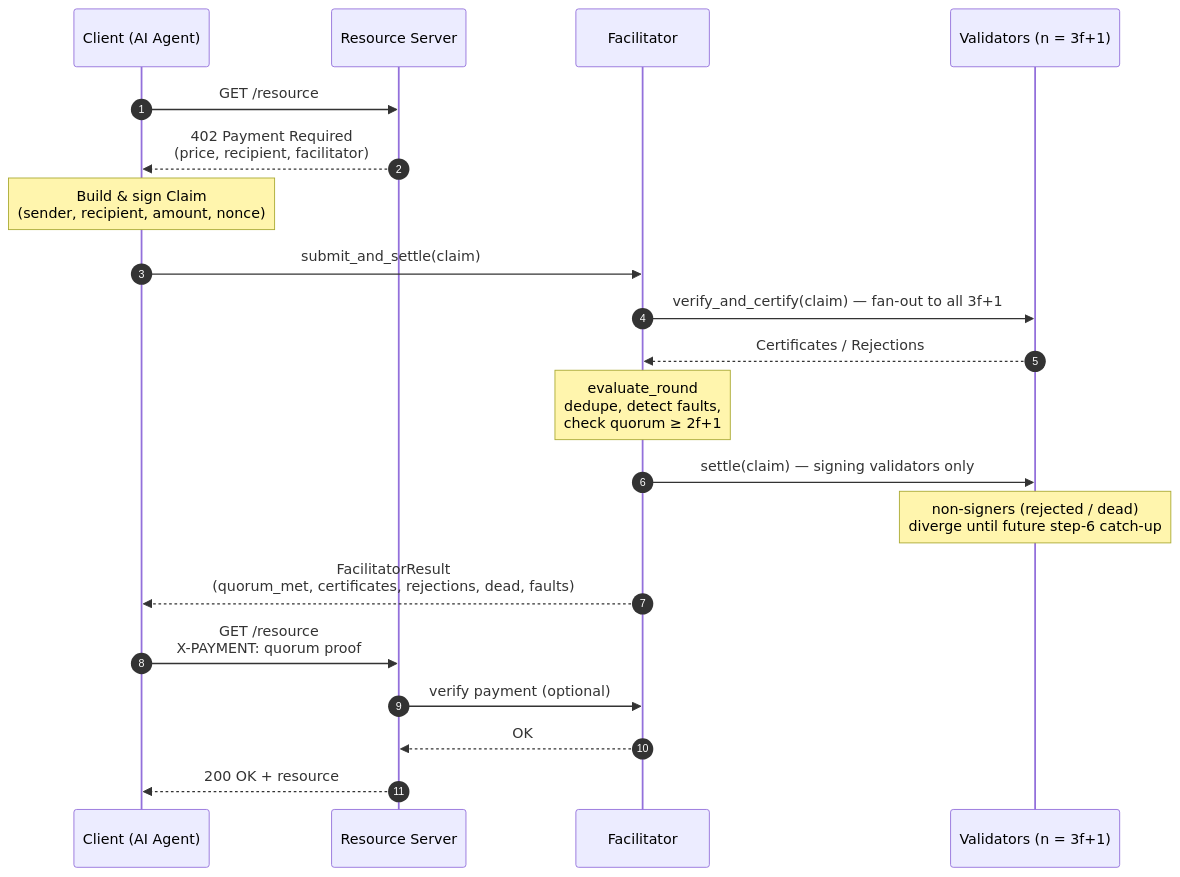
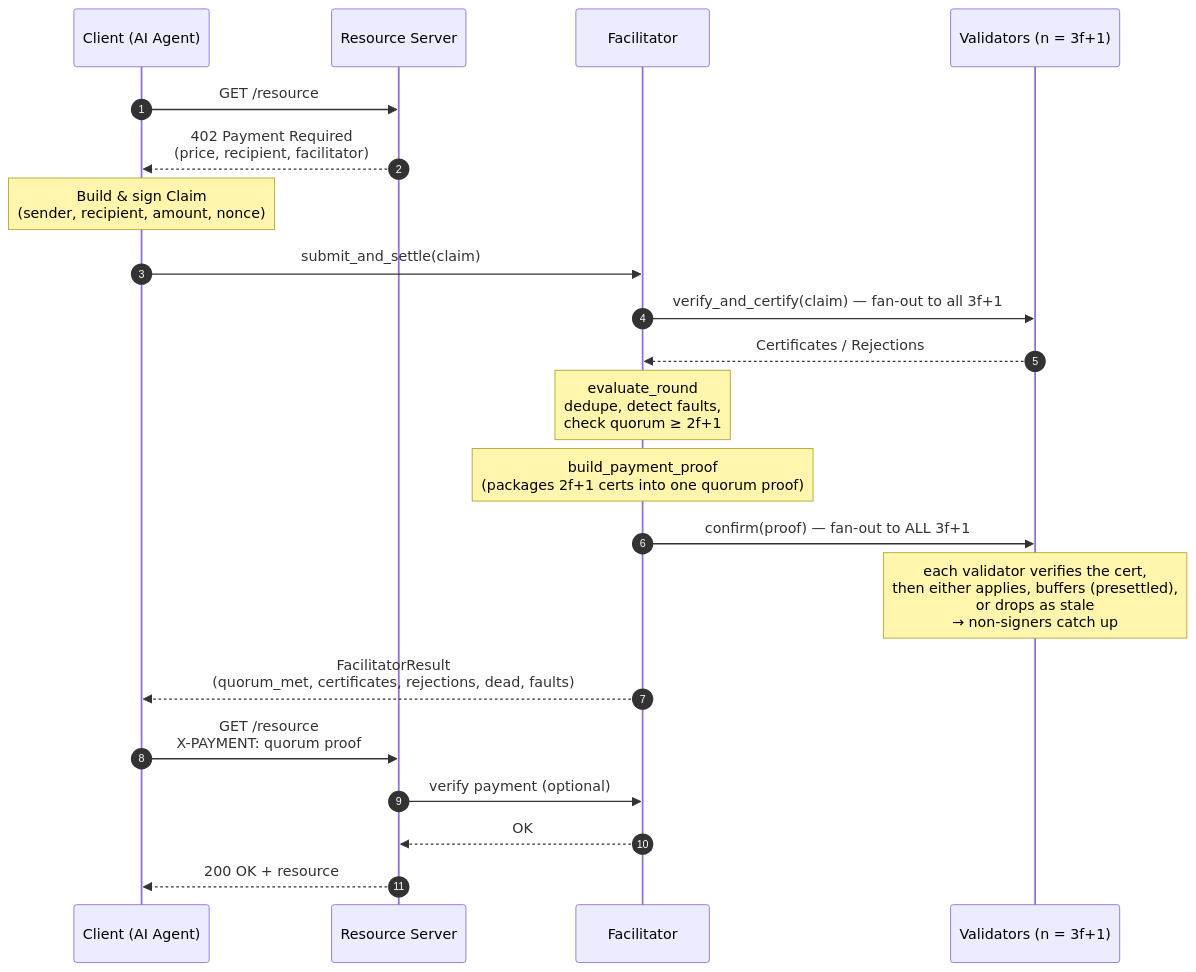
The diagram in docs/fastset-step-mapping.md (kushal238/agentic-settlement), drawn with Mermaid before and after one commit. The commit also changed other lines of this file and 5 other files, not shown here.

````diff
--- a/docs/fastset-step-mapping.md
+++ b/docs/fastset-step-mapping.md
@@ -25,23 +25,24 @@
 ```mermaid
 sequenceDiagram
   autonumber
   participant C as Client (AI Agent)
   participant S as Resource Server
   participant F as Facilitator
   participant V as Validators (n = 3f+1)
 
   C->>S: GET /resource
   S-->>C: 402 Payment Required<br/>(price, recipient, facilitator)
   Note over C: Build & sign Claim<br/>(sender, recipient, amount, nonce)
   C->>F: submit_and_settle(claim)
   F->>V: verify_and_certify(claim) — fan-out to all 3f+1
   V-->>F: Certificates / Rejections
   Note over F: evaluate_round<br/>dedupe, detect faults,<br/>check quorum ≥ 2f+1
-  F->>V: settle(claim) — signing validators only
-  Note over V: non-signers (rejected / dead)<br/>diverge until future step-6 catch-up
+  Note over F: build_payment_proof<br/>(packages 2f+1 certs into one quorum proof)
+  F->>V: confirm(proof) — fan-out to ALL 3f+1
+  Note over V: each validator verifies the cert,<br/>then either applies, buffers (presettled),<br/>or drops as stale<br/>→ non-signers catch up
   F-->>C: FacilitatorResult<br/>(quorum_met, certificates, rejections, dead, faults)
   C->>S: GET /resource<br/>X-PAYMENT: quorum proof
   S->>F: verify payment (optional)
   F-->>S: OK
   S-->>C: 200 OK + resource
 ```
````
